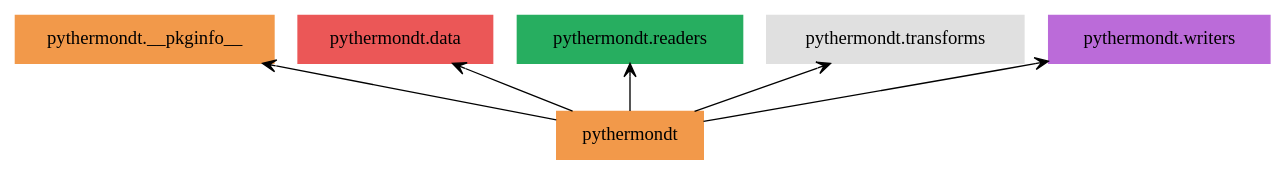
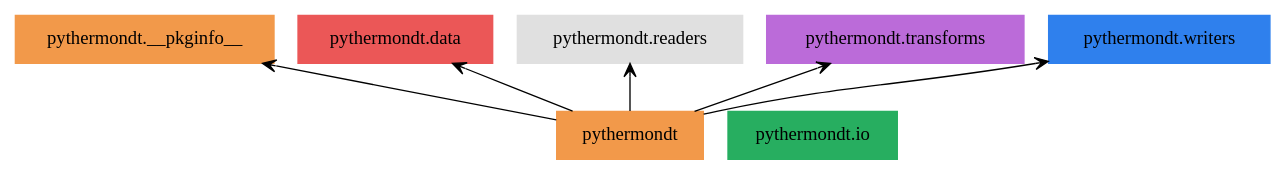
Before and after one commit to voidsy-gmbh/pyThermoNDT: the diagram in docs/pyreverse/graphviz/packages_Overview.gv, drawn with Graphviz. The commit also changed 9 other files, not shown here.

Commit message:
Update pyreverse diagrams

```diff
--- a/docs/pyreverse/graphviz/packages_Overview.gv
+++ b/docs/pyreverse/graphviz/packages_Overview.gv
@@ -1,15 +1,16 @@
 digraph "packages_Overview" {
 rankdir=BT
 charset="utf-8"
 "pythermondt" [color="#F2994A", label=<pythermondt>, shape="box", style="filled"];
 "pythermondt.__pkginfo__" [color="#F2994A", label=<pythermondt.__pkginfo__>, shape="box", style="filled"];
 "pythermondt.data" [color="#EB5757", label=<pythermondt.data>, shape="box", style="filled"];
-"pythermondt.readers" [color="#27AE60", label=<pythermondt.readers>, shape="box", style="filled"];
-"pythermondt.transforms" [color="#E0E0E0", label=<pythermondt.transforms>, shape="box", style="filled"];
-"pythermondt.writers" [color="#BB6BD9", label=<pythermondt.writers>, shape="box", style="filled"];
+"pythermondt.io" [color="#27AE60", label=<pythermondt.io>, shape="box", style="filled"];
+"pythermondt.readers" [color="#E0E0E0", label=<pythermondt.readers>, shape="box", style="filled"];
+"pythermondt.transforms" [color="#BB6BD9", label=<pythermondt.transforms>, shape="box", style="filled"];
+"pythermondt.writers" [color="#2F80ED", label=<pythermondt.writers>, shape="box", style="filled"];
 "pythermondt" -> "pythermondt.__pkginfo__" [arrowhead="open", arrowtail="none"];
 "pythermondt" -> "pythermondt.data" [arrowhead="open", arrowtail="none"];
 "pythermondt" -> "pythermondt.readers" [arrowhead="open", arrowtail="none"];
 "pythermondt" -> "pythermondt.transforms" [arrowhead="open", arrowtail="none"];
 "pythermondt" -> "pythermondt.writers" [arrowhead="open", arrowtail="none"];
 }
```
